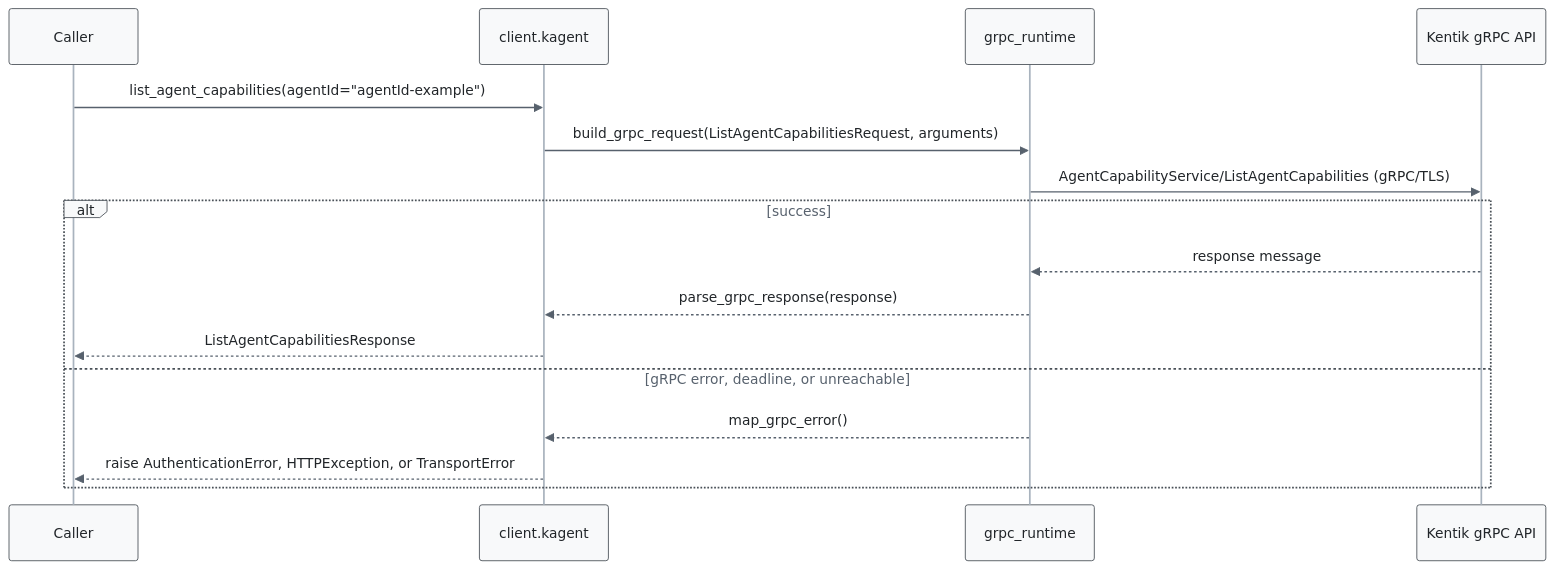
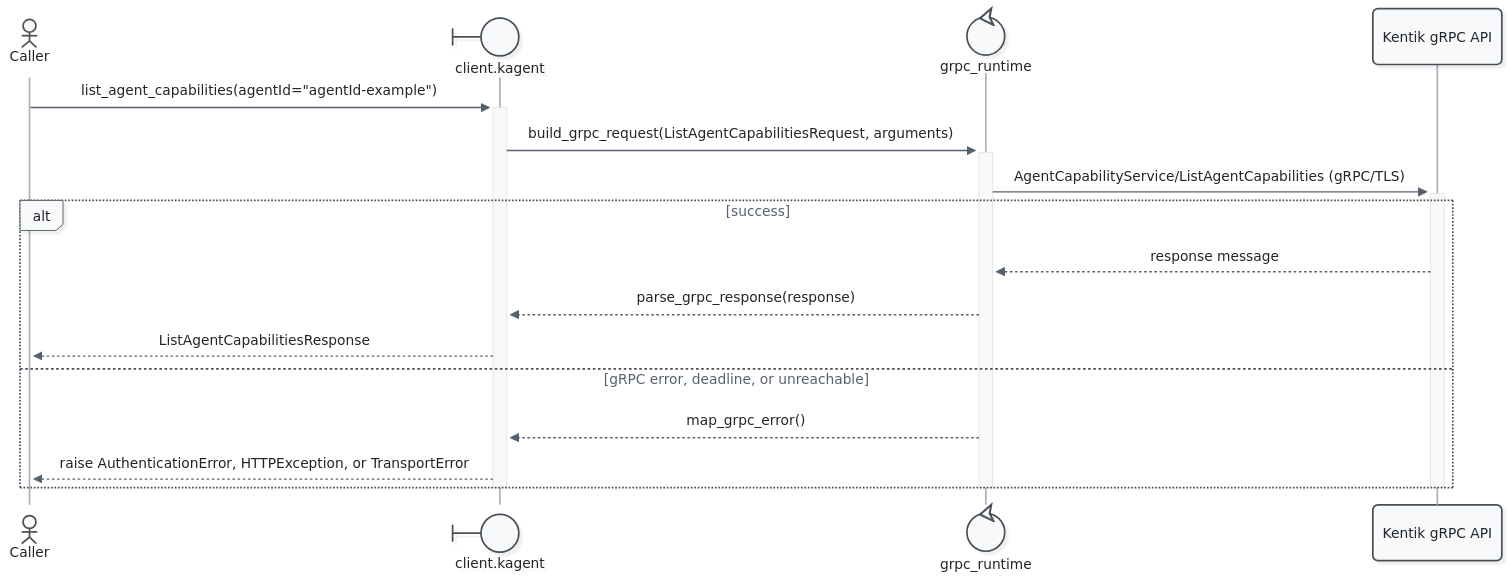
One commit to alexdearaujo/community_sdk_python changed diagram 16 of 57 in docs/sphinx/services/kagent.md. Above: the diagram before and after it, drawn with Mermaid. The commit also changed other lines of this file and 52 other files, not shown here.

First line of the commit message:
docs: Mermaid 12 sequence diagrams with participant types and path colors

````diff
--- a/docs/sphinx/services/kagent.md
+++ b/docs/sphinx/services/kagent.md
@@ -612,20 +649,23 @@
 ```mermaid
-%%{init: {"theme": "base", "fontFamily": "ui-monospace, SFMono-Regular, Menlo, monospace", "themeVariables": {"fontFamily": "ui-monospace, SFMono-Regular, Menlo, monospace", "primaryColor": "#f8f9fa", "primaryBorderColor": "#495057", "primaryTextColor": "#212529", "textColor": "#212529", "lineColor": "#77818c", "edgeLabelBackground": "#ffffff", "actorBkg": "#f8f9fa", "actorBorder": "#495057", "actorTextColor": "#212529", "actorLineColor": "#a9b3be", "signalColor": "#57616d", "signalTextColor": "#212529", "labelBoxBkgColor": "#f8f9fa", "labelBoxBorderColor": "#495057", "labelTextColor": "#212529", "loopTextColor": "#57616d", "noteBkgColor": "#fff9db", "noteBorderColor": "#f08c00", "noteTextColor": "#a35a00"}, "flowchart": {"curve": "step", "nodeSpacing": 30, "rankSpacing": 70, "wrappingWidth": 400}}}%%
+%%{init: {"theme": "redux", "look": "neo", "layout": "dagre", "fontFamily": "ui-monospace, SFMono-Regular, Menlo, monospace", "themeVariables": {"fontFamily": "ui-monospace, SFMono-Regular, Menlo, monospace", "primaryColor": "#f8f9fa", "primaryBorderColor": "#495057", "primaryTextColor": "#212529", "textColor": "#212529", "lineColor": "#77818c", "edgeLabelBackground": "#ffffff", "actorBkg": "#f8f9fa", "actorBorder": "#495057", "actorTextColor": "#212529", "actorLineColor": "#a9b3be", "signalColor": "#57616d", "signalTextColor": "#212529", "labelBoxBkgColor": "#f8f9fa", "labelBoxBorderColor": "#495057", "labelTextColor": "#212529", "loopTextColor": "#57616d", "noteBkgColor": "#fff9db", "noteBorderColor": "#f08c00", "noteTextColor": "#a35a00"}, "sequence": {"activationWidth": 16}, "flowchart": {"curve": "step", "nodeSpacing": 30, "rankSpacing": 70, "wrappingWidth": 400}}}%%
 sequenceDiagram
-    participant C as Caller
-    participant W as client.kagent
-    participant R as grpc_runtime
+    actor C as Caller
+    participant W@{ "type": "boundary" } as client.kagent
+    participant R@{ "type": "control" } as grpc_runtime
     participant API as Kentik gRPC API
 
-    C->>W: list_agent_capabilities(agentId="agentId-example")
-    W->>R: build_grpc_request(ListAgentCapabilitiesRequest, arguments)
-    R->>API: AgentCapabilityService/ListAgentCapabilities (gRPC/TLS)
+    C->>+W: list_agent_capabilities(agentId="agentId-example")
+    W->>+R: build_grpc_request(ListAgentCapabilitiesRequest, arguments)
+    R->>+API: AgentCapabilityService/ListAgentCapabilities (gRPC/TLS)
     alt success
         API-->>R: response message
         R-->>W: parse_grpc_response(response)
         W-->>C: ListAgentCapabilitiesResponse
     else gRPC error, deadline, or unreachable
         R-->>W: map_grpc_error()
         W-->>C: raise AuthenticationError, HTTPException, or TransportError
     end
+    deactivate API
+    deactivate R
+    deactivate W
 ```
````
